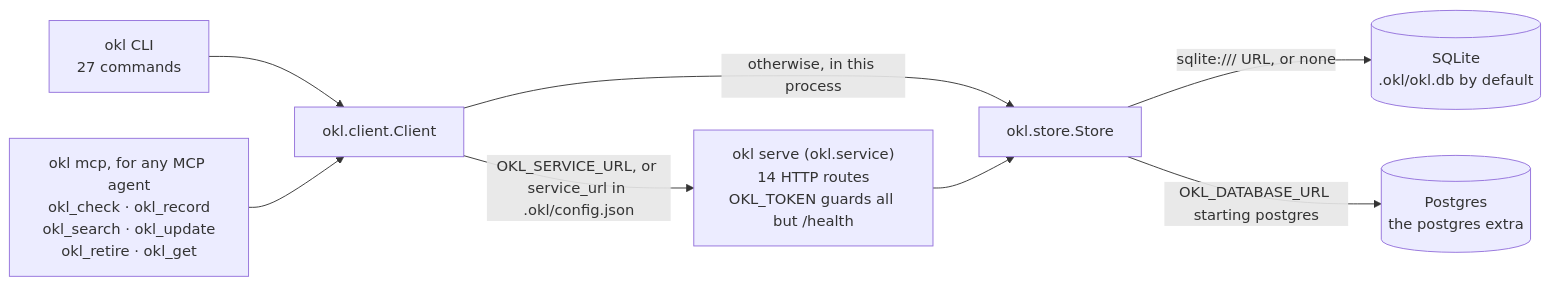
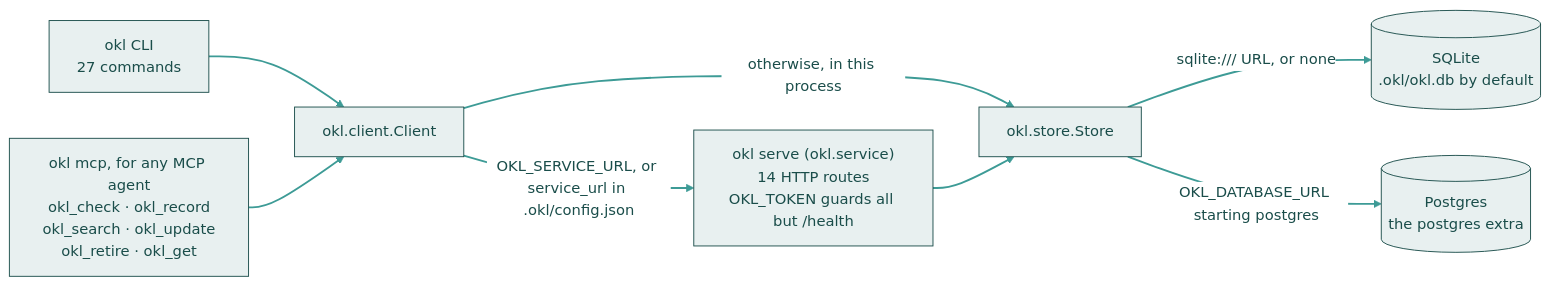
Before and after one commit to emeraldleaf/okl: the first of 2 diagrams in docs/ARCHITECTURE.md, drawn with Mermaid. The commit also changed other lines of this file and 2 other files, not shown here.

Commit message:
The generated architecture charts read on a dark page
Mermaid draws on the page's own background, transparent, so in a dark preview the default
near-black arrows of the storage and layers charts vanished. Both now carry okl's palette:
light boxes with dark text, white edge labels, and 2px mid-teal arrows that read on black
and on white. Rendered and checked on both.

````diff
--- a/docs/ARCHITECTURE.md
+++ b/docs/ARCHITECTURE.md
@@ -45,17 +45,19 @@
 ```mermaid
+%%{init: {"theme": "base", "themeVariables": {"primaryColor": "#e8f0f0", "primaryTextColor": "#1a4d4a", "primaryBorderColor": "#1a4d4a", "lineColor": "#3d9b96", "clusterBkg": "#f8f6f3", "clusterBorder": "#8a6a3f", "titleColor": "#1a4d4a", "edgeLabelBackground": "#ffffff", "textColor": "#1a4d4a"}}}%%
 flowchart LR
   cli["okl CLI<br/>27 commands"]
   mcp["okl mcp, for any MCP agent<br/>okl_check · okl_record<br/>okl_search · okl_update<br/>okl_retire · okl_get"]
   client["okl.client.Client"]
   service["okl serve (okl.service)<br/>14 HTTP routes<br/>OKL_TOKEN guards all but /health"]
   store["okl.store.Store"]
   sqlite[("SQLite<br/>.okl/okl.db by default")]
   pg[("Postgres<br/>the postgres extra")]
   cli --> client
   mcp --> client
   client -- "OKL_SERVICE_URL, or service_url in .okl/config.json" --> service
   client -- "otherwise, in this process" --> store
   service --> store
   store -- "sqlite:/// URL, or none" --> sqlite
   store -- "OKL_DATABASE_URL starting postgres" --> pg
+  linkStyle default stroke-width:2px
 ```
````
